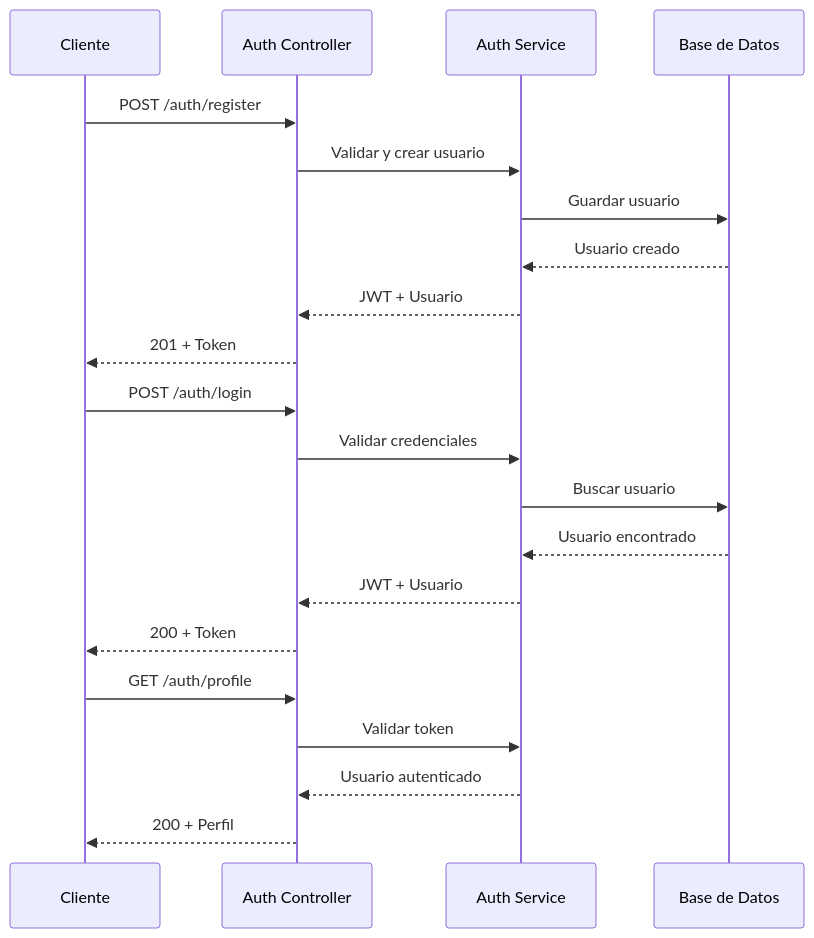
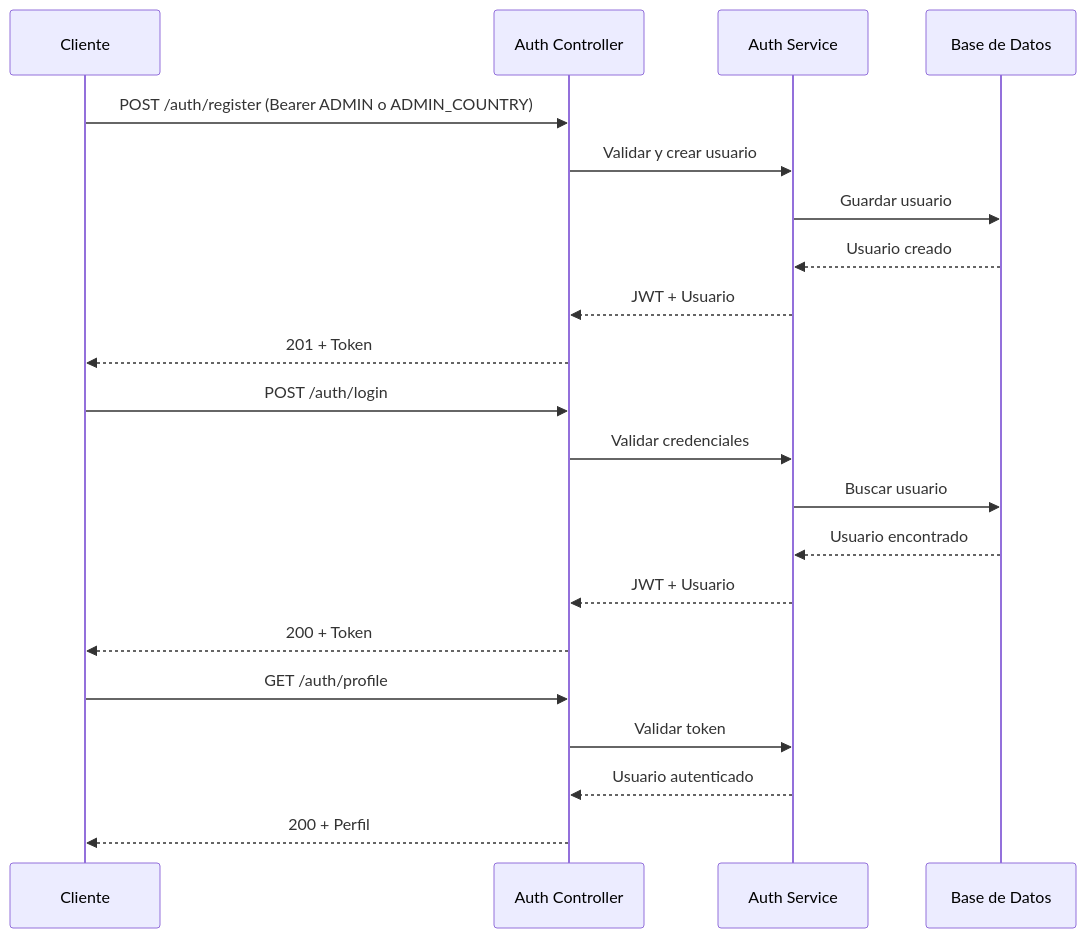
One commit to TaylorAsprilla/backendOOTS changed the diagram in docs/authentication.md. Above: the diagram before and after it, drawn with Mermaid. The commit also changed other lines of this file and 14 other files, not shown here.

````diff
--- a/docs/authentication.md
+++ b/docs/authentication.md
@@ -328,26 +331,26 @@
 ```mermaid
 sequenceDiagram
     participant C as Cliente
     participant A as Auth Controller
     participant S as Auth Service
     participant DB as Base de Datos
 
-    C->>A: POST /auth/register
+    C->>A: POST /auth/register (Bearer ADMIN o ADMIN_COUNTRY)
     A->>S: Validar y crear usuario
     S->>DB: Guardar usuario
     DB-->>S: Usuario creado
     S-->>A: JWT + Usuario
     A-->>C: 201 + Token
 
     C->>A: POST /auth/login
     A->>S: Validar credenciales
     S->>DB: Buscar usuario
     DB-->>S: Usuario encontrado
     S-->>A: JWT + Usuario
     A-->>C: 200 + Token
 
     C->>A: GET /auth/profile
     A->>S: Validar token
     S-->>A: Usuario autenticado
     A-->>C: 200 + Perfil
 ```
````
